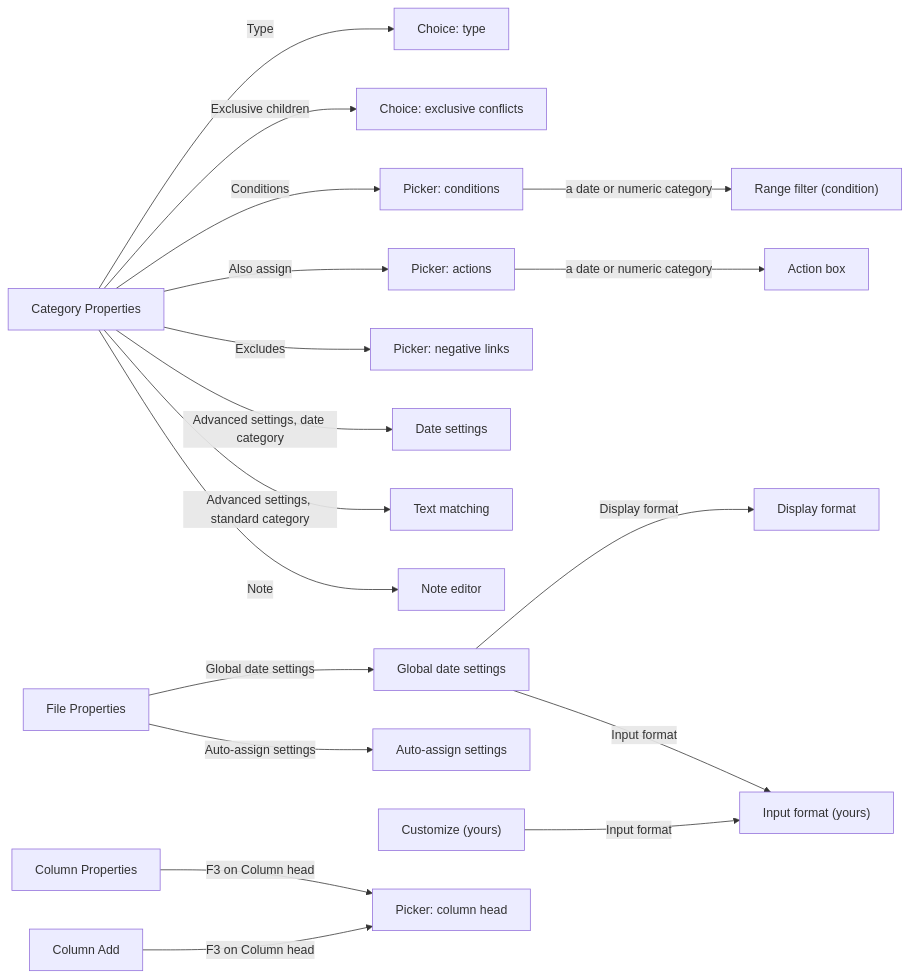
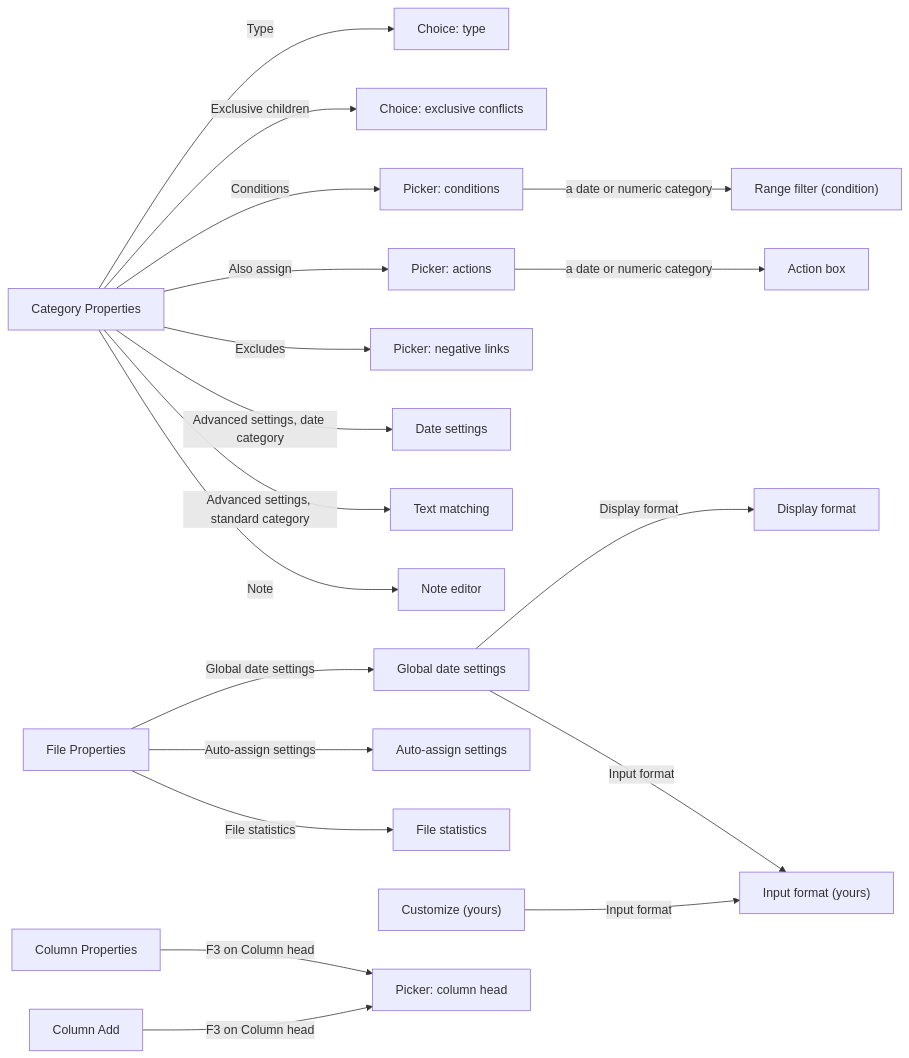
The second of 2 diagrams in docs/SCREENS.md (jamting/agendum), drawn with Mermaid before and after one commit. The commit also changed other lines of this file and 9 other files, not shown here.

````diff
--- a/docs/SCREENS.md
+++ b/docs/SCREENS.md
@@ -61,23 +61,24 @@
 ```mermaid
 flowchart LR
     CatProps["Category Properties"]
     CatProps -- "Type" --> TypeChoice["Choice: type"]
     CatProps -- "Exclusive children" --> ExclChoice["Choice: exclusive conflicts"]
     CatProps -- "Conditions" --> CondPicker["Picker: conditions"]
     CondPicker -- "a date or numeric category" --> RangeCond["Range filter (condition)"]
     CatProps -- "Also assign" --> AssignPicker["Picker: actions"]
     AssignPicker -- "a date or numeric category" --> Action["Action box"]
     CatProps -- "Excludes" --> ExclPicker["Picker: negative links"]
     CatProps -- "Advanced settings, date category" --> DateRule["Date settings"]
     CatProps -- "Advanced settings, standard category" --> CatMatch["Text matching"]
     CatProps -- "Note" --> Note["Note editor"]
     FileProps["File Properties"]
     FileProps -- "Global date settings" --> DateSettings["Global date settings"]
     DateSettings -- "Display format" --> DisplayFormat["Display format"]
     DateSettings -- "Input format" --> InputFormat["Input format (yours)"]
     FileProps -- "Auto-assign settings" --> AutoAssign["Auto-assign settings"]
+    FileProps -- "File statistics" --> FileStats["File statistics"]
     Customize["Customize (yours)"] -- "Input format" --> InputFormat
     ColProps["Column Properties"]
     ColProps -- "F3 on Column head" --> ColHead["Picker: column head"]
     ColAdd["Column Add"] -- "F3 on Column head" --> ColHead
 ```
````
